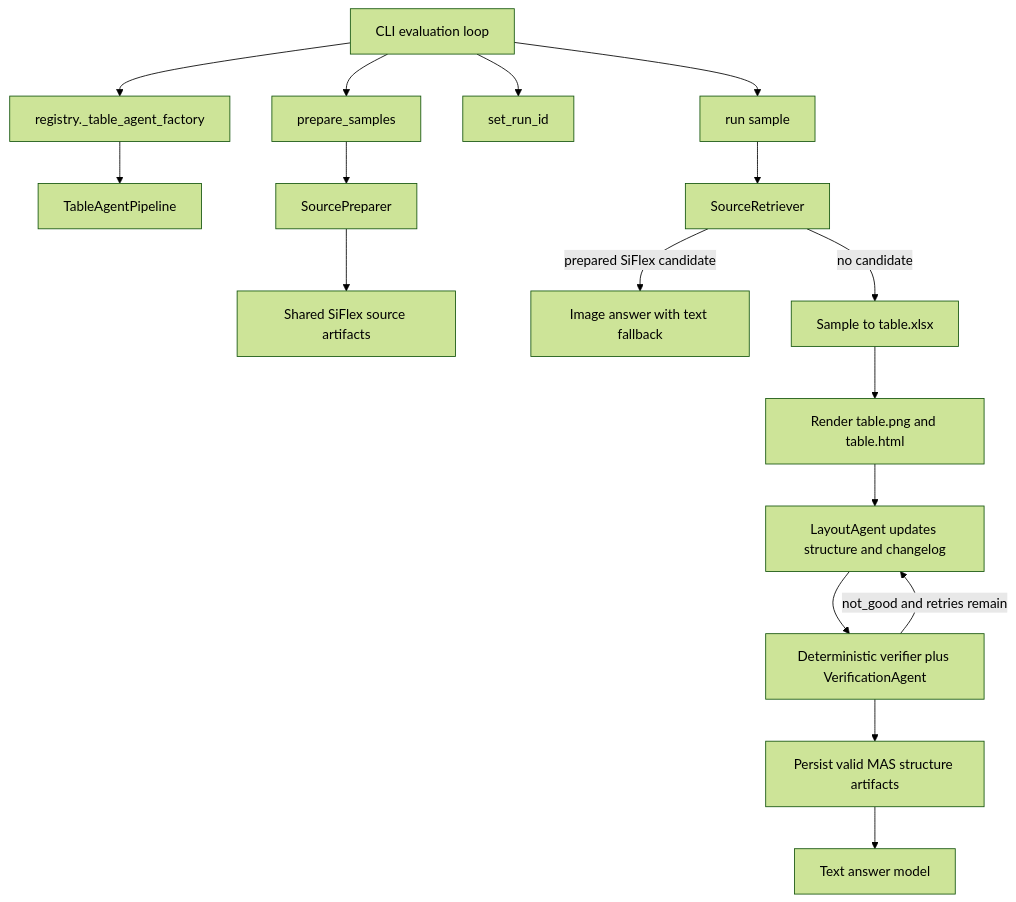
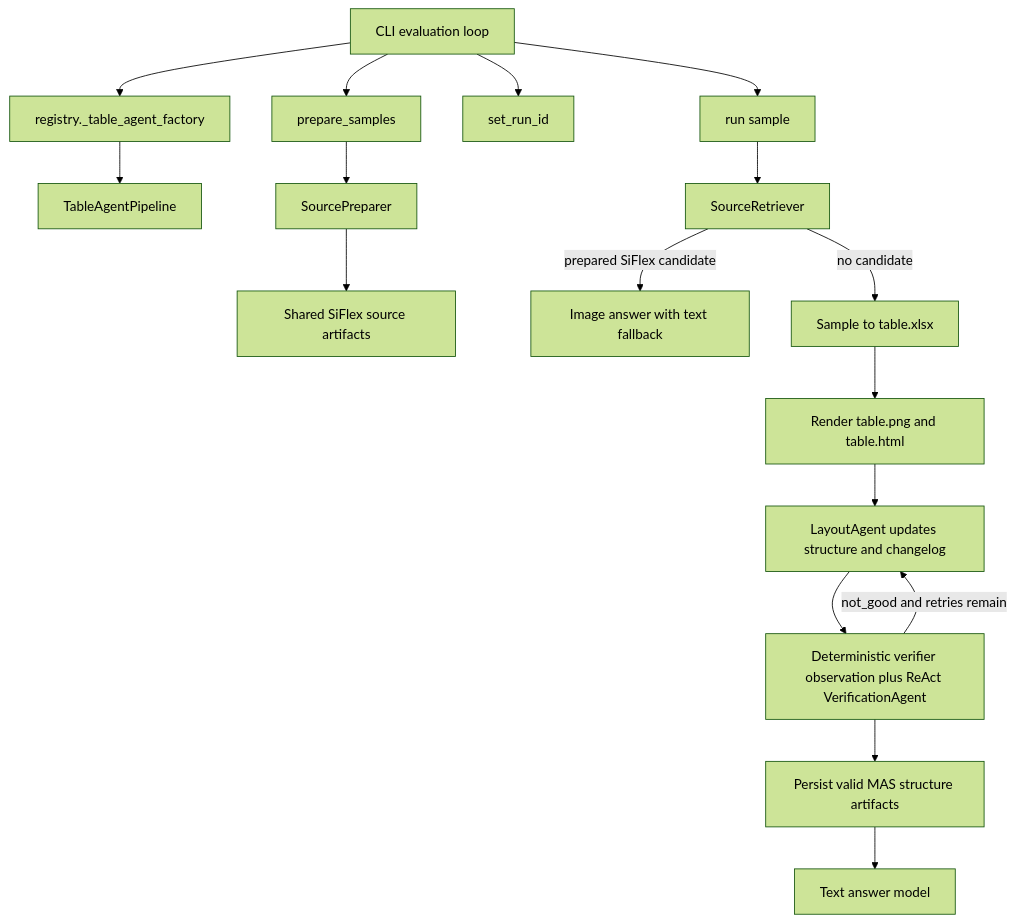
One commit to HmmOrange/TableAgent changed the diagram in TableAgent/README.md. Above: the diagram before and after it, drawn with Mermaid (forest theme). The commit also changed other lines of this file and 6 other files, not shown here.

Commit message:
Update VerificationAgent so it updates structure.yaml semantically

````diff
--- a/TableAgent/README.md
+++ b/TableAgent/README.md
@@ -69,21 +69,21 @@
 ```mermaid
 flowchart TD
     CLI[CLI evaluation loop] --> Factory[registry._table_agent_factory]
     Factory --> Pipeline[TableAgentPipeline]
     CLI --> Prepare[prepare_samples]
     CLI --> Repeat[set_run_id]
     CLI --> Run[run sample]
 
     Prepare --> SourcePrep[SourcePreparer]
     SourcePrep --> Shared[Shared SiFlex source artifacts]
 
     Run --> Retrieve[SourceRetriever]
     Retrieve -->|prepared SiFlex candidate| PreparedAnswer[Image answer with text fallback]
     Retrieve -->|no candidate| Convert[Sample to table.xlsx]
     Convert --> Render[Render table.png and table.html]
     Render --> Layout[LayoutAgent updates structure and changelog]
-    Layout --> Verify[Deterministic verifier plus VerificationAgent]
+    Layout --> Verify[Deterministic verifier observation plus ReAct VerificationAgent]
     Verify -->|not_good and retries remain| Layout
     Verify --> Persist[Persist valid MAS structure artifacts]
     Persist --> TextAnswer[Text answer model]
 ```
````
